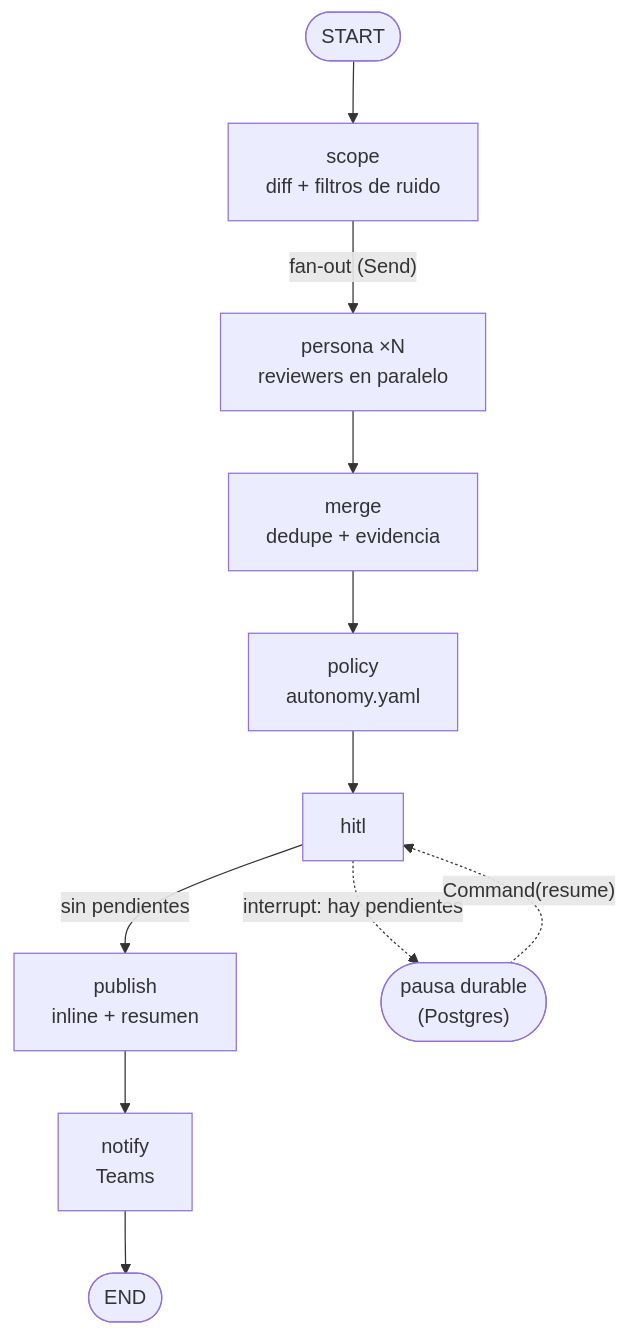
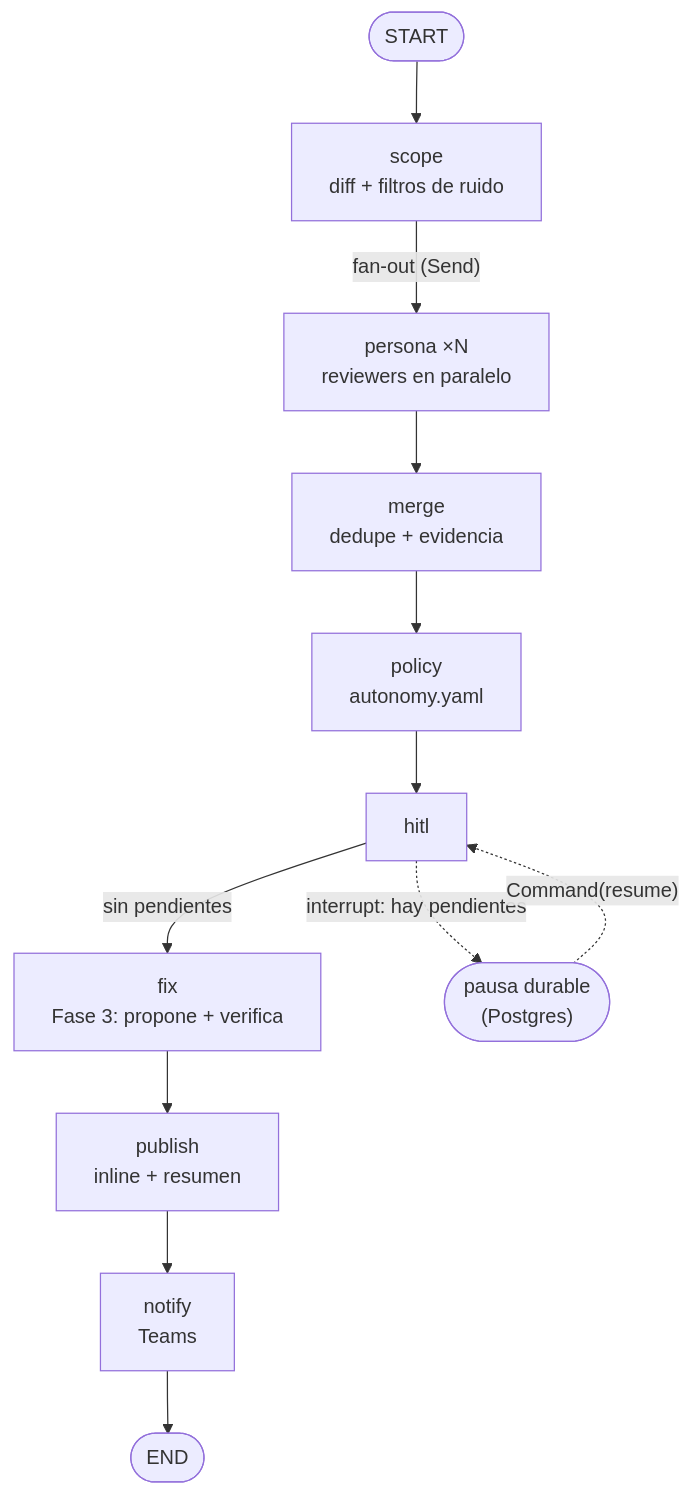
One commit to pcgarat/agent-review-langgraph changed the second of 2 diagrams in README.md. Above: the diagram before and after it, drawn with Mermaid. The commit also changed other lines of this file and 3 other files, not shown here.

````diff
--- a/README.md
+++ b/README.md
@@ -81,13 +83,14 @@
 ```mermaid
 flowchart TD
     START([START]) --> scope
     scope["scope<br/>diff + filtros de ruido"] -->|"fan-out (Send)"| persona
     persona["persona ×N<br/>reviewers en paralelo"] --> merge
     merge["merge<br/>dedupe + evidencia"] --> policy
     policy["policy<br/>autonomy.yaml"] --> hitl
-    hitl -->|"sin pendientes"| publish
+    hitl -->|"sin pendientes"| fix
+    fix["fix<br/>Fase 3: propone + verifica"] --> publish
     hitl -.->|"interrupt: hay pendientes"| PAUSE(["pausa durable<br/>(Postgres)"])
     PAUSE -.->|"Command(resume)"| hitl
     publish["publish<br/>inline + resumen"] --> notify
     notify["notify<br/>Teams"] --> END([END])
 ```
````
